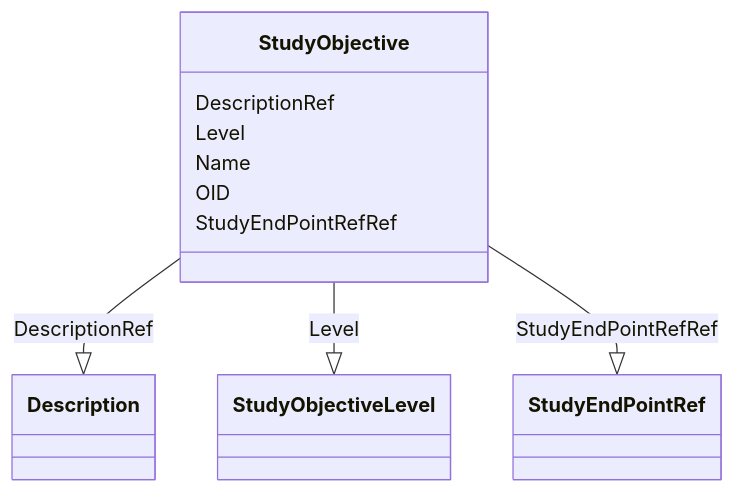
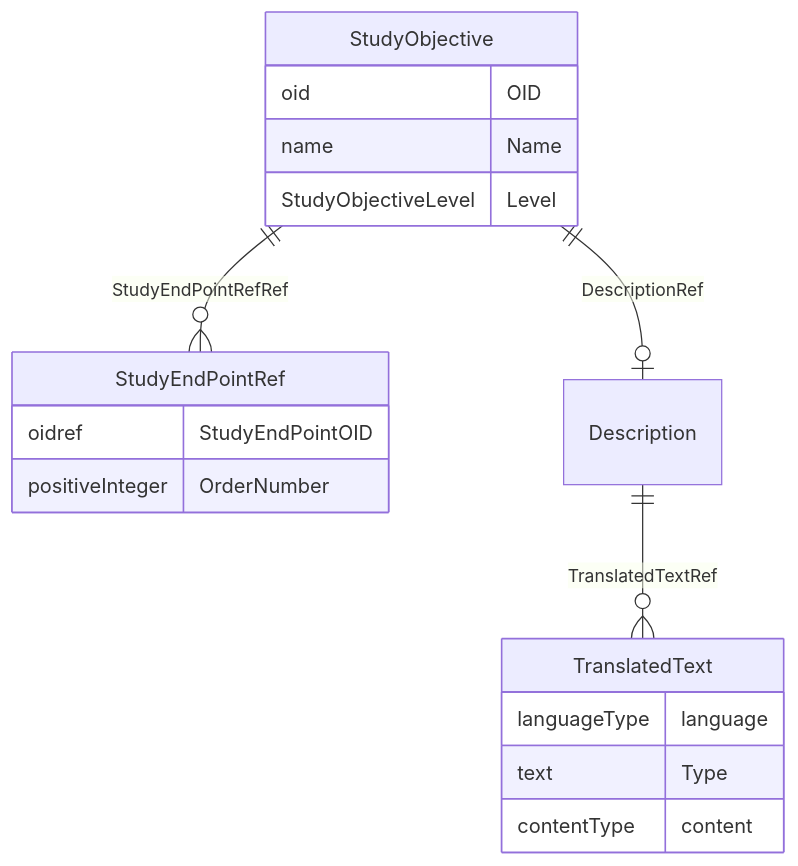
The diagram in docs/StudyObjective.md (cdisc-org/DataExchange-ODM-LinkML), drawn with Mermaid before and after one commit. The commit also changed other lines of this file and 181 other files, not shown here.

Commit message:
ER diagrams working via templates and removing names with underscores

````diff
--- a/docs/StudyObjective.md
+++ b/docs/StudyObjective.md
@@ -14,21 +11,25 @@
 ```mermaid
- classDiagram
-    class StudyObjective
-      StudyObjective : DescriptionRef
-        
-          StudyObjective --|> Description : DescriptionRef
-        
-      StudyObjective : Level
-        
-          StudyObjective --|> StudyObjectiveLevel : Level
-        
-      StudyObjective : Name
-        
-      StudyObjective : OID
-        
-      StudyObjective : StudyEndPointRefRef
-        
-          StudyObjective --|> StudyEndPointRef : StudyEndPointRefRef
-        
-      
+erDiagram
+StudyObjective {
+    oid OID  
+    name Name  
+    StudyObjectiveLevel Level  
+}
+StudyEndPointRef {
+    oidref StudyEndPointOID  
+    positiveInteger OrderNumber  
+}
+Description {
+
+}
+TranslatedText {
+    languageType language  
+    text Type  
+    contentType content  
+}
+
+StudyObjective ||--|o Description : "DescriptionRef"
+StudyObjective ||--}o StudyEndPointRef : "StudyEndPointRefRef"
+Description ||--}o TranslatedText : "TranslatedTextRef"
+
 ```
````
